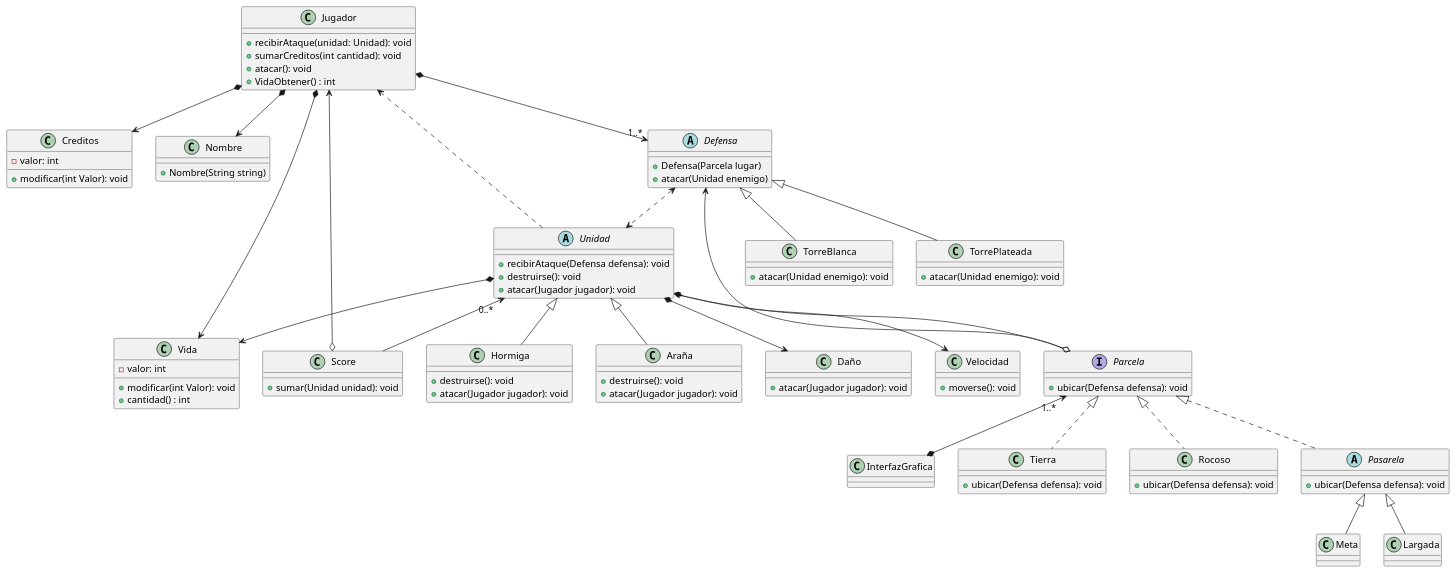
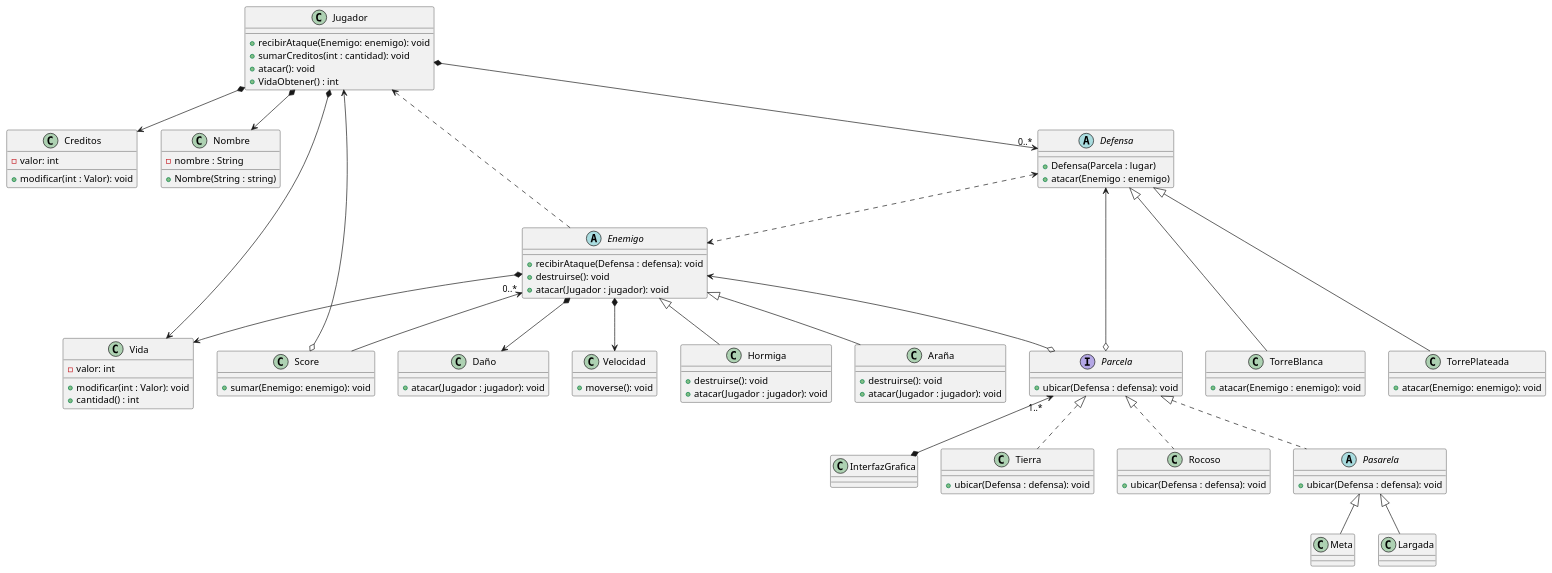
One commit to franzimbi/algo3_tp2 changed the diagram in diagrams/classes/diagrama_de_clase_tentativo.puml. Above: the diagram before and after it, drawn with PlantUML. The commit also changed 4 other files, not shown here.

Commit message:
actualizacion UML

```diff
--- a/diagrams/classes/diagrama_de_clase_tentativo.puml
+++ b/diagrams/classes/diagrama_de_clase_tentativo.puml
@@ -1,119 +1,120 @@
 @startuml
 'https://plantuml.com/class-diagram
 
 class Jugador {
-    +recibirAtaque(unidad: Unidad): void
-    +sumarCreditos(int cantidad): void
+    +recibirAtaque(Enemigo: enemigo): void
+    +sumarCreditos(int : cantidad): void
     +atacar(): void
     +VidaObtener() : int
 }
 
 class Creditos {
     -valor: int
-    +modificar(int Valor): void
+    +modificar(int : Valor): void
 }
 
 class Nombre {
-    +Nombre(String string)
+    -nombre : String
+    +Nombre(String : string)
 }
 
 class Vida {
     -valor: int
-    +modificar(int Valor): void
+    +modificar(int : Valor): void
     +cantidad() : int
 }
 
 class Score {
-    +sumar(Unidad unidad): void
+    +sumar(Enemigo: enemigo): void
 }
 
 abstract class Defensa {
-    +Defensa(Parcela lugar)
-    +atacar(Unidad enemigo)
+    +Defensa(Parcela : lugar)
+    +atacar(Enemigo : enemigo)
 }
 
 class TorreBlanca{
-    +atacar(Unidad enemigo): void
+    +atacar(Enemigo : enemigo): void
 }
 
 class TorrePlateada{
-    +atacar(Unidad enemigo): void
+    +atacar(Enemigo: enemigo): void
 }
 
 interface Parcela {
-    +ubicar(Defensa defensa): void
+    +ubicar(Defensa : defensa): void
 }
 
 class InterfazGrafica {}
 
 class Tierra {
-    +ubicar(Defensa defensa): void
+    +ubicar(Defensa : defensa): void
 }
 
 class Rocoso {
-    +ubicar(Defensa defensa): void
+    +ubicar(Defensa : defensa): void
 }
 
 abstract class Pasarela {
-    +ubicar(Defensa defensa): void
+    +ubicar(Defensa : defensa): void
 }
 
 class Meta {}
 class Largada {}
 
-abstract class Unidad {
-    +recibirAtaque(Defensa defensa): void
+abstract class Enemigo {
+    +recibirAtaque(Defensa : defensa): void
     +destruirse(): void
-    +atacar(Jugador jugador): void
+    +atacar(Jugador : jugador): void
 }
 
 class Hormiga {
     +destruirse(): void
-    +atacar(Jugador jugador): void
+    +atacar(Jugador : jugador): void
 }
 
 class Araña {
     +destruirse(): void
-    +atacar(Jugador jugador): void
+    +atacar(Jugador : jugador): void
 }
 
 class Daño {
-    +atacar(Jugador jugador): void
+    +atacar(Jugador : jugador): void
 }
 
 class Velocidad {
     +moverse(): void
 }
 
 Jugador  *-->  Creditos
 Jugador  *-->  Nombre
 Jugador  *-->  Vida
-Jugador  *--> "1..*" Defensa
+Jugador  *--> "0..*" Defensa
 Score  o-->  Jugador
 
-Defensa <|-- TorreBlanca
-Defensa <|-- TorrePlateada
-Defensa <..> Unidad
+Defensa <|--- TorreBlanca
+Defensa <|--- TorrePlateada
+Defensa <..> Enemigo
 
 Parcela o--> Defensa
 Parcela "1..*" <--*  InterfazGrafica
 Parcela <|.. Tierra
 Parcela <|.. Rocoso
 Parcela <|.. Pasarela
 
 Pasarela <|-- Meta
 Pasarela <|-- Largada
 
-Unidad <|-- Hormiga
-Unidad <|-- Araña
-Unidad *--> Daño
-Unidad *--> Velocidad
-Unidad "0..*" <--  Score
-Unidad ..> Jugador
-Unidad *--> Vida
-Unidad <--o Parcela
+Enemigo <|-- Hormiga
+Enemigo <|-- Araña
+Enemigo *--> Daño
+Enemigo *--> Velocidad
+Enemigo "0..*" <--  Score
+Enemigo ..> Jugador
+Enemigo *--> Vida
+Enemigo <--o Parcela
 
 
 
 
 @enduml
```
